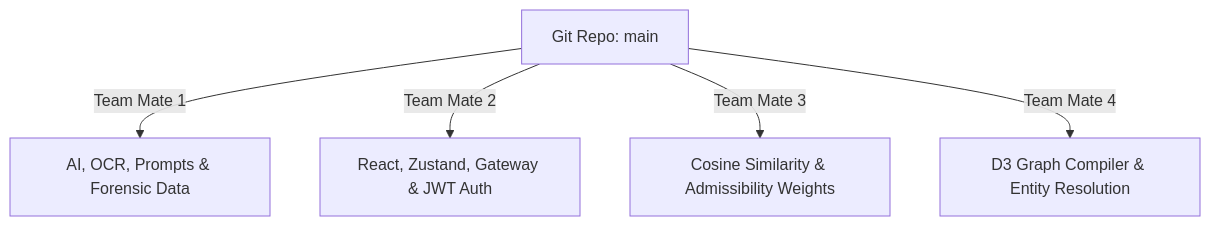
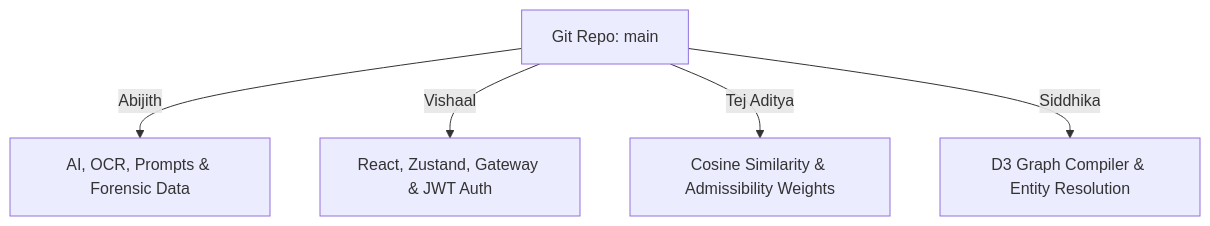
Before and after one commit to abi131205/VAJRA.AI: the diagram in README.md, drawn with Mermaid. The commit also changed other lines of this file, not shown here.

Commit message:
docs: update team assignments and status in README

````diff
--- a/README.md
+++ b/README.md
@@ -74,7 +76,7 @@
 ```mermaid
 graph TD
-    Repo[Git Repo: main] -->|Team Mate 1| AI[AI, OCR, Prompts & Forensic Data]
-    Repo -->|Team Mate 2| Fullstack[React, Zustand, Gateway & JWT Auth]
-    Repo -->|Team Mate 3| ML[Cosine Similarity & Admissibility Weights]
-    Repo -->|Team Mate 4| Viz[D3 Graph Compiler & Entity Resolution]
+    Repo[Git Repo: main] -->|Abijith| AI[AI, OCR, Prompts & Forensic Data]
+    Repo -->|Vishaal| Fullstack[React, Zustand, Gateway & JWT Auth]
+    Repo -->|Tej Aditya| ML[Cosine Similarity & Admissibility Weights]
+    Repo -->|Siddhika| Viz[D3 Graph Compiler & Entity Resolution]
 ```
````
